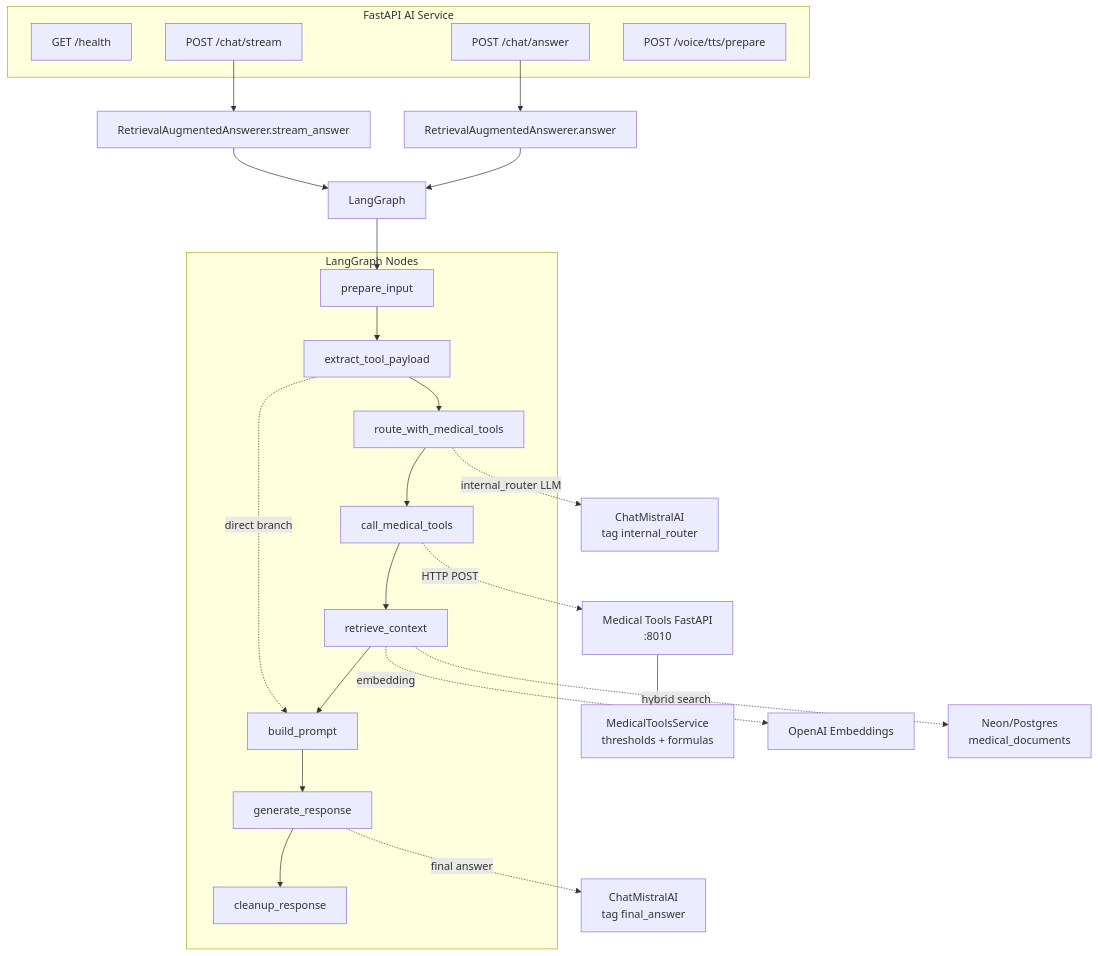
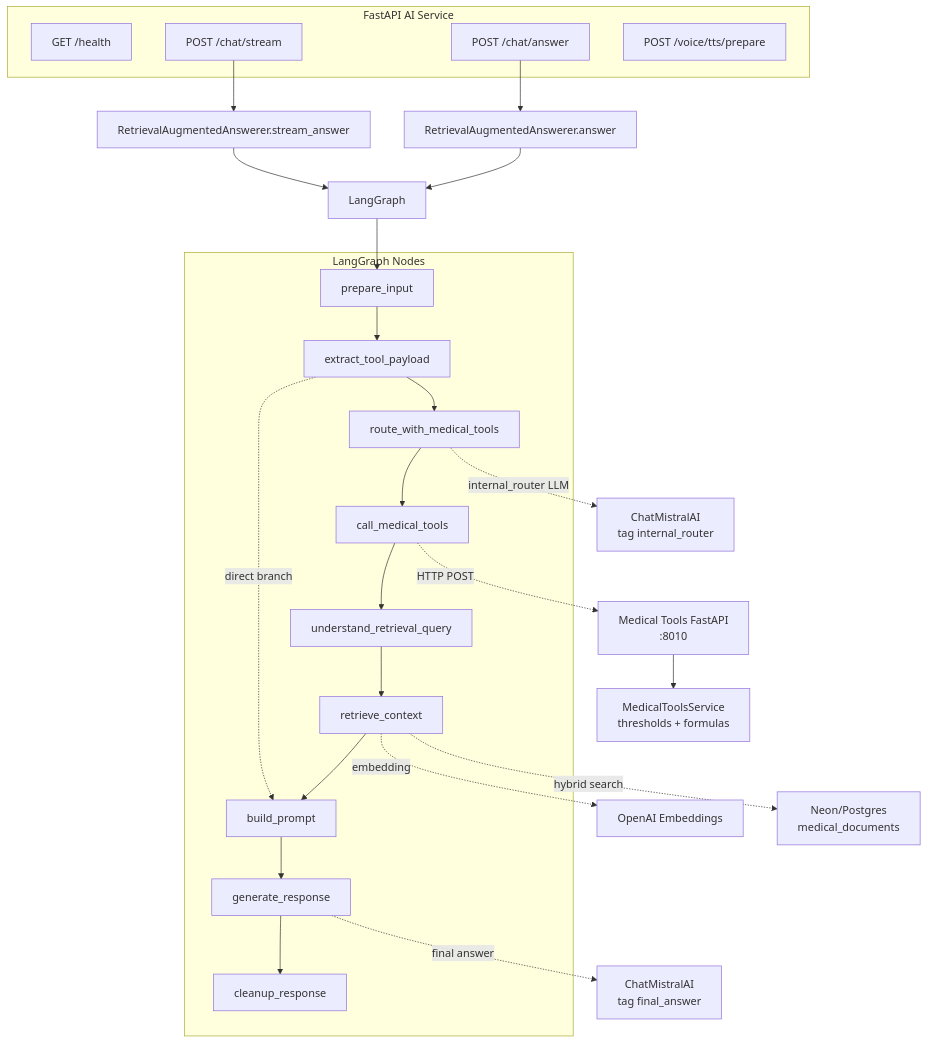
Before and after one commit to Ngoc-Quy-az1/VitalAI: diagram 15 of 15 in doc/LangGraph_Tree.md, drawn with Mermaid. The commit also changed other lines of this file and 31 other files, not shown here.

````diff
--- a/doc/LangGraph_Tree.md
+++ b/doc/LangGraph_Tree.md
@@ -602,35 +672,36 @@
 ```mermaid
 flowchart TD
     subgraph PublicAPI["FastAPI AI Service"]
         Health["GET /health"]
         ChatAnswer["POST /chat/answer"]
         ChatStream["POST /chat/stream"]
         TTS["POST /voice/tts/prepare"]
     end
 
     ChatAnswer --> Answerer["RetrievalAugmentedAnswerer.answer"]
     ChatStream --> StreamAnswerer["RetrievalAugmentedAnswerer.stream_answer"]
     Answerer --> Graph["LangGraph"]
     StreamAnswerer --> Graph
 
     subgraph GraphNodes["LangGraph Nodes"]
         N1["prepare_input"]
         N2["extract_tool_payload"]
         N3["route_with_medical_tools"]
         N4["call_medical_tools"]
-        N5["retrieve_context"]
-        N6["build_prompt"]
-        N7["generate_response"]
-        N8["cleanup_response"]
+        N5["understand_retrieval_query"]
+        N6["retrieve_context"]
+        N7["build_prompt"]
+        N8["generate_response"]
+        N9["cleanup_response"]
     end
 
-    Graph --> N1 --> N2 --> N3 --> N4 --> N5 --> N6 --> N7 --> N8
-    N2 -. "direct branch" .-> N6
+    Graph --> N1 --> N2 --> N3 --> N4 --> N5 --> N6 --> N7 --> N8 --> N9
+    N2 -. "direct branch" .-> N7
 
     N3 -. "internal_router LLM" .-> MistralRouter["ChatMistralAI<br/>tag internal_router"]
     N4 -. "HTTP POST" .-> MedicalAPI["Medical Tools FastAPI<br/>:8010"]
     MedicalAPI --> MedicalEngine["MedicalToolsService<br/>thresholds + formulas"]
-    N5 -. "embedding" .-> OpenAIEmbeddings["OpenAI Embeddings"]
-    N5 -. "hybrid search" .-> Neon["Neon/Postgres<br/>medical_documents"]
-    N7 -. "final answer" .-> MistralFinal["ChatMistralAI<br/>tag final_answer"]
+    N6 -. "embedding" .-> OpenAIEmbeddings["OpenAI Embeddings"]
+    N6 -. "hybrid search" .-> Neon["Neon/Postgres<br/>medical_documents"]
+    N8 -. "final answer" .-> MistralFinal["ChatMistralAI<br/>tag final_answer"]
 ```
````
